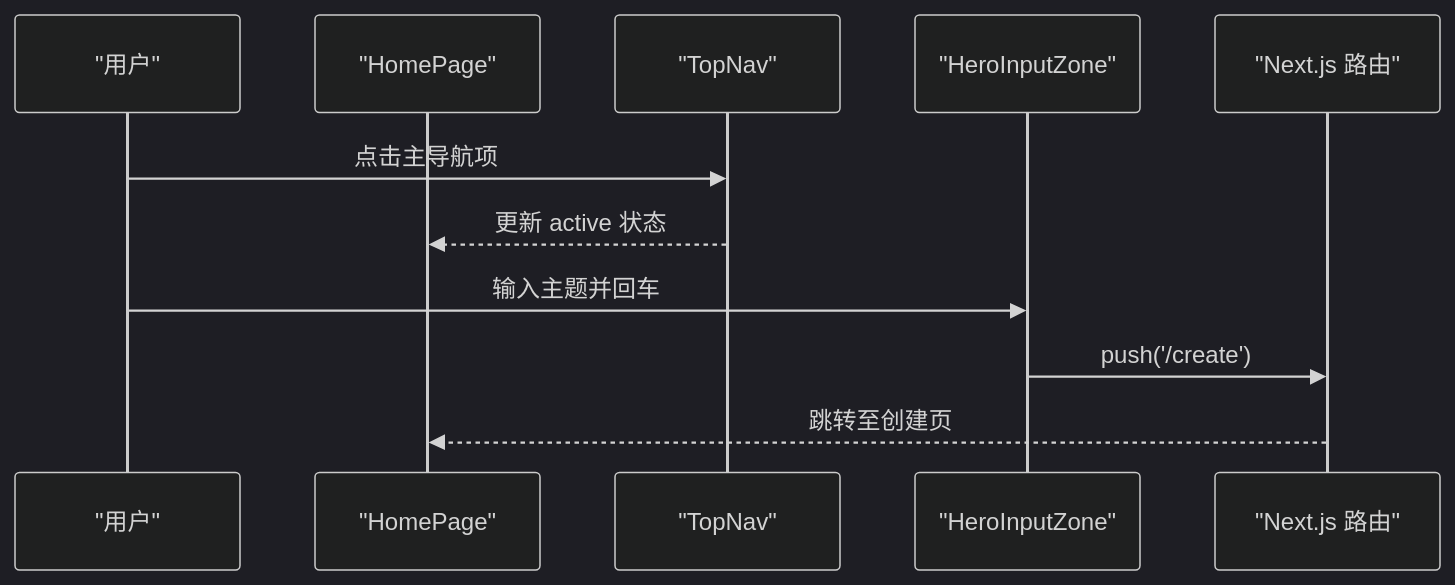
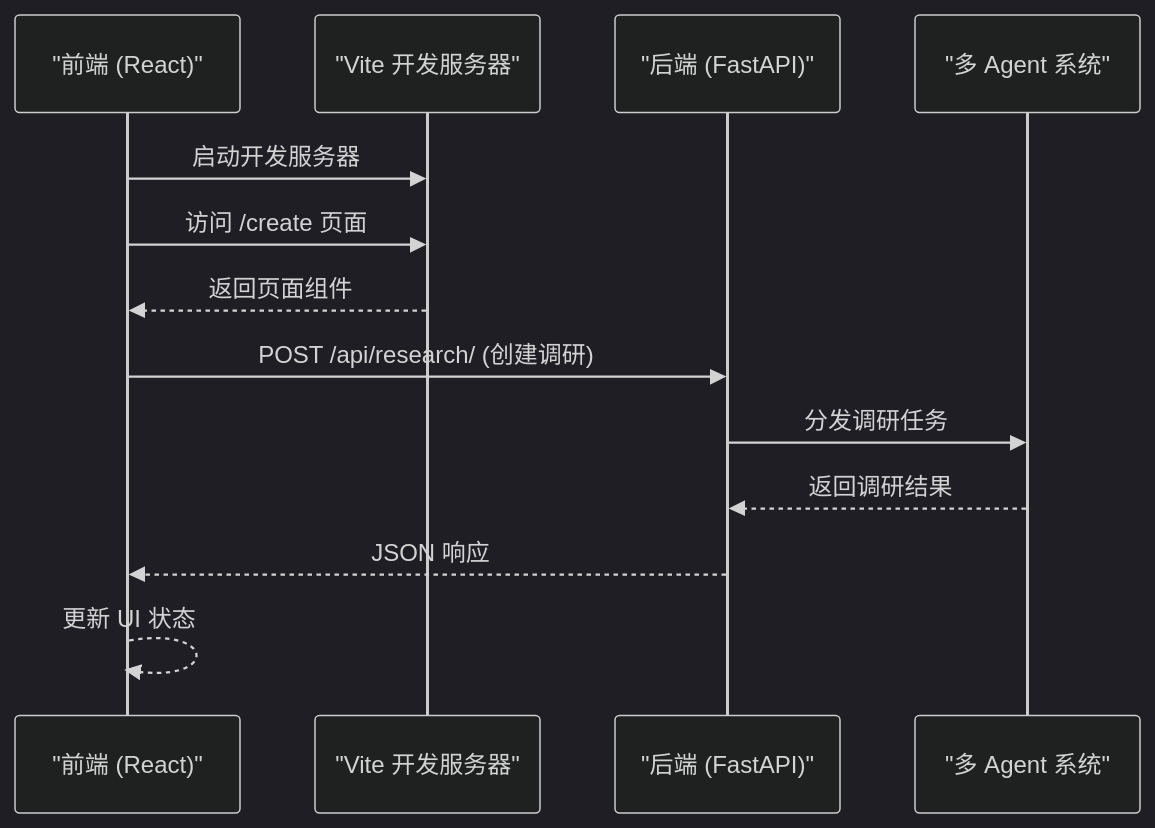
Before and after one commit to marvin9551/InsightMesh: the second of 5 diagrams in .qoder/repowiki/zh/content/项目架构/项目架构.md, drawn with Mermaid (dark theme). The commit also changed other lines of this file and 10 other files, not shown here.

````diff
--- a/.qoder/repowiki/zh/content/项目架构/项目架构.md
+++ b/.qoder/repowiki/zh/content/项目架构/项目架构.md
@@ -205,13 +161,15 @@
 ```mermaid
 sequenceDiagram
-participant U as "用户"
-participant H as "HomePage"
-participant T as "TopNav"
-participant I as "HeroInputZone"
-participant R as "Next.js 路由"
-U->>T : 点击主导航项
-T-->>H : 更新 active 状态
-U->>I : 输入主题并回车
-I->>R : push('/create')
-R-->>H : 跳转至创建页
+participant FE as "前端 (React)"
+participant VR as "Vite 开发服务器"
+participant BE as "后端 (FastAPI)"
+participant AG as "多 Agent 系统"
+FE->>VR : 启动开发服务器
+FE->>VR : 访问 /create 页面
+VR-->>FE : 返回页面组件
+FE->>BE : POST /api/research/ (创建调研)
+BE->>AG : 分发调研任务
+AG-->>BE : 返回调研结果
+BE-->>FE : JSON 响应
+FE-->>FE : 更新 UI 状态
 ```
````
